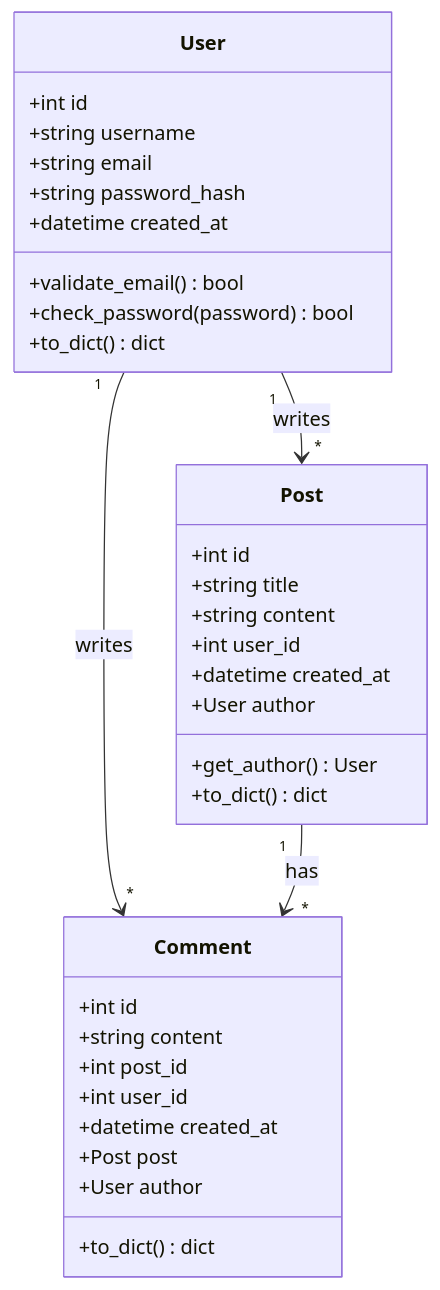
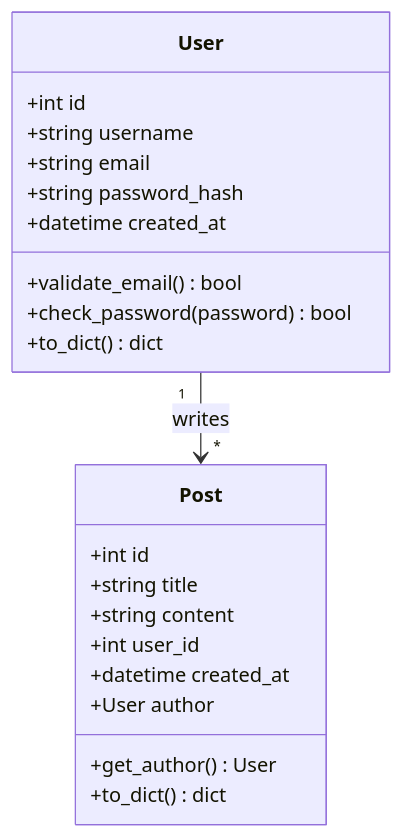
One commit to hamfarid/store-erp changed the third of 5 diagrams in github/global/prompts/03_mcp_integration.md. Above: the diagram before and after it, drawn with Mermaid. The commit also changed other lines of this file and 3200 other files, not shown here.

````diff
--- a/github/global/prompts/03_mcp_integration.md
+++ b/github/global/prompts/03_mcp_integration.md
@@ -198,39 +136,26 @@
 ```mermaid
 classDiagram
     class User {
         +int id
         +string username
         +string email
         +string password_hash
         +datetime created_at
         +validate_email() bool
         +check_password(password) bool
         +to_dict() dict
     }
     
     class Post {
         +int id
         +string title
         +string content
         +int user_id
         +datetime created_at
         +User author
         +get_author() User
         +to_dict() dict
     }
     
-    class Comment {
-        +int id
-        +string content
-        +int post_id
-        +int user_id
-        +datetime created_at
-        +Post post
-        +User author
-        +to_dict() dict
-    }
-    
     User "1" --> "*" Post : writes
-    User "1" --> "*" Comment : writes
-    Post "1" --> "*" Comment : has
 ```
````
